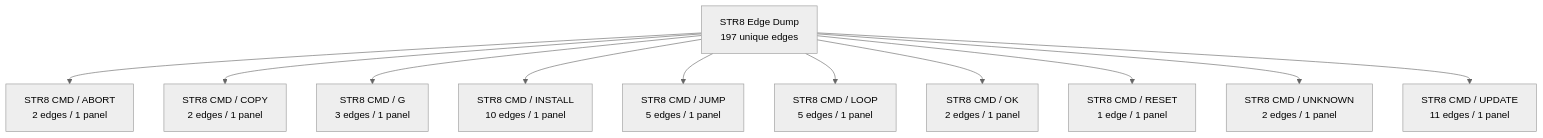
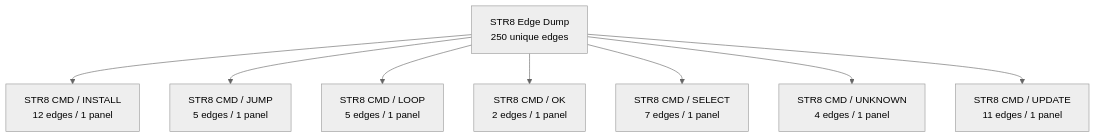
The third of 42 diagrams in DOC/GUIDES/STR8/STR8_EDGE_DUMP.md (95westus/R-YORS), drawn with Mermaid (neutral theme) before and after one commit. The commit also changed other lines of this file and 33 other files, not shown here.

````diff
--- a/DOC/GUIDES/STR8/STR8_EDGE_DUMP.md
+++ b/DOC/GUIDES/STR8/STR8_EDGE_DUMP.md
@@ -62,13 +62,10 @@
 ```mermaid
 flowchart TD
-    EDGE_ATLAS_ROOT_2["STR8 Edge Dump<br/>197 unique edges"] --> EDGE_FAMILY_2_0["STR8 CMD / ABORT<br/>2 edges / 1 panel"]
-    EDGE_ATLAS_ROOT_2["STR8 Edge Dump<br/>197 unique edges"] --> EDGE_FAMILY_2_1["STR8 CMD / COPY<br/>2 edges / 1 panel"]
-    EDGE_ATLAS_ROOT_2["STR8 Edge Dump<br/>197 unique edges"] --> EDGE_FAMILY_2_2["STR8 CMD / G<br/>3 edges / 1 panel"]
-    EDGE_ATLAS_ROOT_2["STR8 Edge Dump<br/>197 unique edges"] --> EDGE_FAMILY_2_3["STR8 CMD / INSTALL<br/>10 edges / 1 panel"]
-    EDGE_ATLAS_ROOT_2["STR8 Edge Dump<br/>197 unique edges"] --> EDGE_FAMILY_2_4["STR8 CMD / JUMP<br/>5 edges / 1 panel"]
-    EDGE_ATLAS_ROOT_2["STR8 Edge Dump<br/>197 unique edges"] --> EDGE_FAMILY_2_5["STR8 CMD / LOOP<br/>5 edges / 1 panel"]
-    EDGE_ATLAS_ROOT_2["STR8 Edge Dump<br/>197 unique edges"] --> EDGE_FAMILY_2_6["STR8 CMD / OK<br/>2 edges / 1 panel"]
-    EDGE_ATLAS_ROOT_2["STR8 Edge Dump<br/>197 unique edges"] --> EDGE_FAMILY_2_7["STR8 CMD / RESET<br/>1 edge / 1 panel"]
-    EDGE_ATLAS_ROOT_2["STR8 Edge Dump<br/>197 unique edges"] --> EDGE_FAMILY_2_8["STR8 CMD / UNKNOWN<br/>2 edges / 1 panel"]
-    EDGE_ATLAS_ROOT_2["STR8 Edge Dump<br/>197 unique edges"] --> EDGE_FAMILY_2_9["STR8 CMD / UPDATE<br/>11 edges / 1 panel"]
+    EDGE_ATLAS_ROOT_2["STR8 Edge Dump<br/>250 unique edges"] --> EDGE_FAMILY_2_0["STR8 CMD / INSTALL<br/>12 edges / 1 panel"]
+    EDGE_ATLAS_ROOT_2["STR8 Edge Dump<br/>250 unique edges"] --> EDGE_FAMILY_2_1["STR8 CMD / JUMP<br/>5 edges / 1 panel"]
+    EDGE_ATLAS_ROOT_2["STR8 Edge Dump<br/>250 unique edges"] --> EDGE_FAMILY_2_2["STR8 CMD / LOOP<br/>5 edges / 1 panel"]
+    EDGE_ATLAS_ROOT_2["STR8 Edge Dump<br/>250 unique edges"] --> EDGE_FAMILY_2_3["STR8 CMD / OK<br/>2 edges / 1 panel"]
+    EDGE_ATLAS_ROOT_2["STR8 Edge Dump<br/>250 unique edges"] --> EDGE_FAMILY_2_4["STR8 CMD / SELECT<br/>7 edges / 1 panel"]
+    EDGE_ATLAS_ROOT_2["STR8 Edge Dump<br/>250 unique edges"] --> EDGE_FAMILY_2_5["STR8 CMD / UNKNOWN<br/>4 edges / 1 panel"]
+    EDGE_ATLAS_ROOT_2["STR8 Edge Dump<br/>250 unique edges"] --> EDGE_FAMILY_2_6["STR8 CMD / UPDATE<br/>11 edges / 1 panel"]
 ```
````
